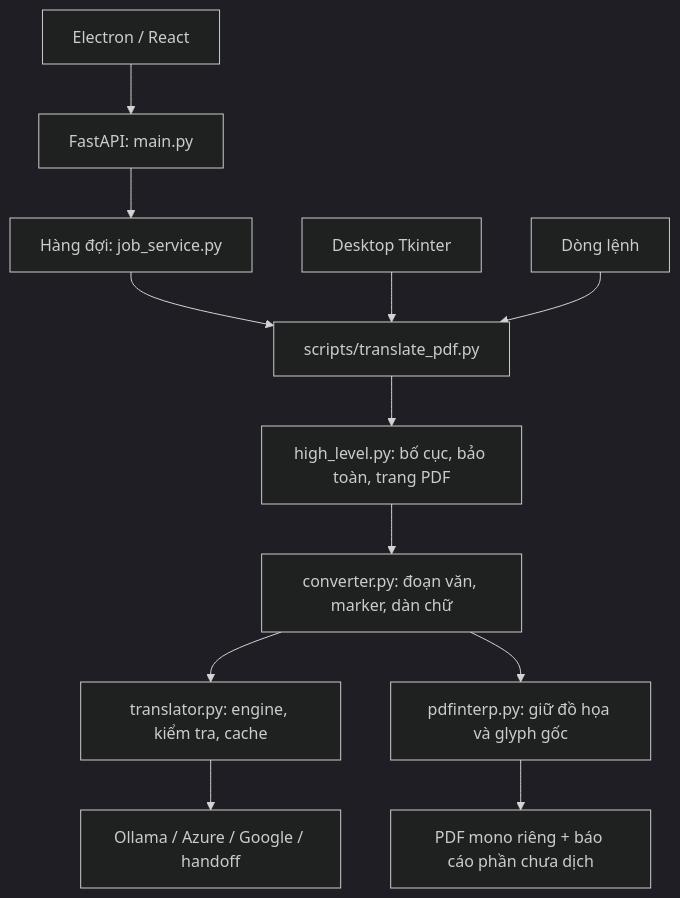
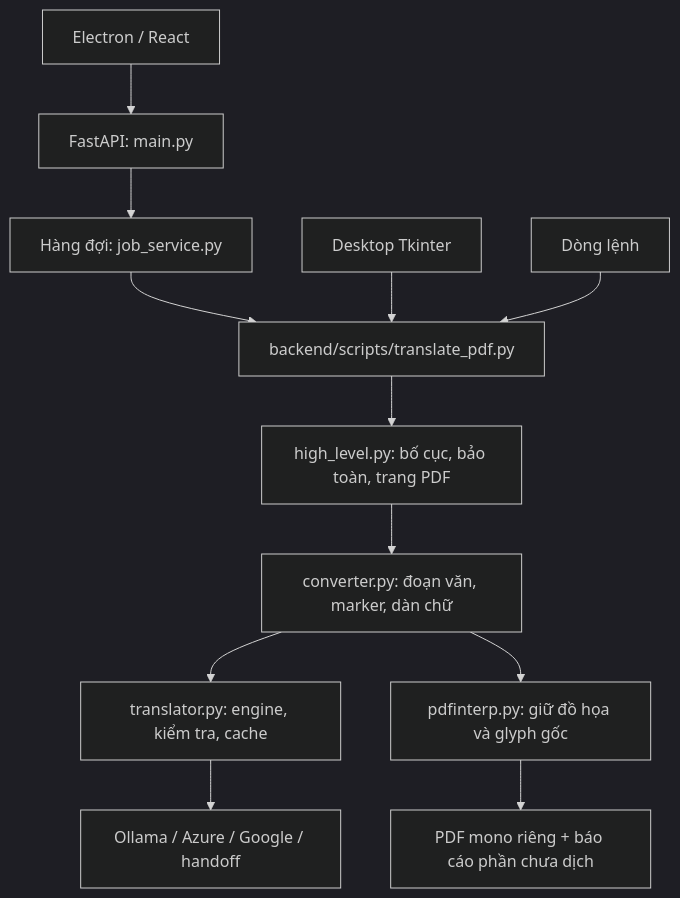
The diagram in docs/kien-truc/codebase-architecture.md (danghoangsqtt-sys/pdf-science-translator), drawn with Mermaid (dark theme) before and after one commit. The commit also changed other lines of this file and 204 other files, not shown here.

````diff
--- a/docs/kien-truc/codebase-architecture.md
+++ b/docs/kien-truc/codebase-architecture.md
@@ -7,14 +7,14 @@
 ```mermaid
 flowchart TD
     E[Electron / React] --> A[FastAPI: main.py]
     A --> J[Hàng đợi: job_service.py]
-    J --> C[scripts/translate_pdf.py]
+    J --> C[backend/scripts/translate_pdf.py]
     T[Desktop Tkinter] --> C
     CLI[Dòng lệnh] --> C
     C --> H[high_level.py: bố cục, bảo toàn, trang PDF]
     H --> V[converter.py: đoạn văn, marker, dàn chữ]
     V --> R[translator.py: engine, kiểm tra, cache]
     R --> O[Ollama / Azure / Google / handoff]
     V --> P[pdfinterp.py: giữ đồ họa và glyph gốc]
     P --> OUT[PDF mono riêng + báo cáo phần chưa dịch]
 ```
````
